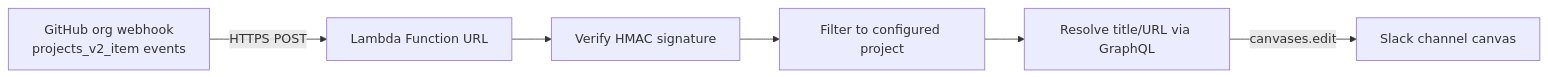
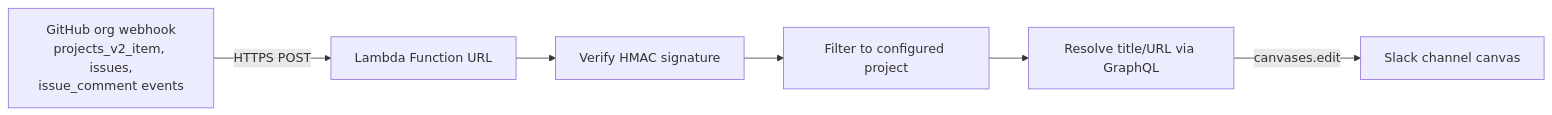
The diagram in Guides/slack-canvas-relay-guide.md (tazama-lf/docs), drawn with Mermaid before and after one commit. The commit also changed other lines of this file, not shown here.

First line of the commit message:
docs: document issues and issue_comment relay coverage (#294)

````diff
--- a/Guides/slack-canvas-relay-guide.md
+++ b/Guides/slack-canvas-relay-guide.md
@@ -40,8 +40,8 @@
 ```mermaid
 flowchart LR
-    A[GitHub org webhook<br/>projects_v2_item events] -->|HTTPS POST| B[Lambda Function URL]
+    A[GitHub org webhook<br/>projects_v2_item, issues,<br/>issue_comment events] -->|HTTPS POST| B[Lambda Function URL]
     B --> C[Verify HMAC signature]
     C --> D[Filter to configured project]
     D --> E[Resolve title/URL via GraphQL]
     E -->|canvases.edit| F[Slack channel canvas]
 ```
````
